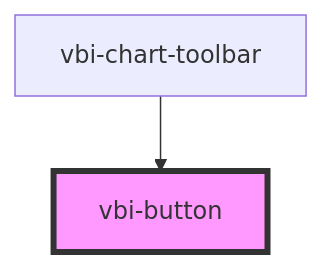
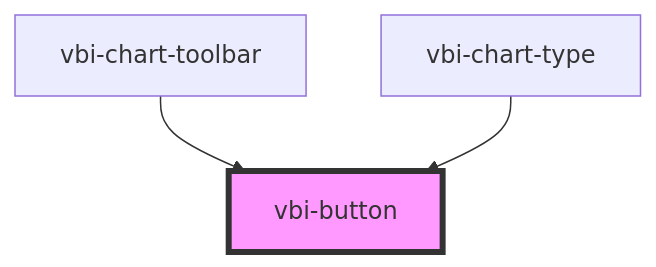
One commit to Ditto190/VBI-modme changed the diagram in packages/vbi-component/src/components/ui/vbi-button/readme.md. Above: the diagram before and after it, drawn with Mermaid. The commit also changed other lines of this file and 11 other files, not shown here.

Commit message:
feat(vbi-component): extract chart type selection into dedicated component

````diff
--- a/packages/vbi-component/src/components/ui/vbi-button/readme.md
+++ b/packages/vbi-component/src/components/ui/vbi-button/readme.md
@@ -26,5 +27,6 @@
 ```mermaid
 graph TD;
   vbi-chart-toolbar --> vbi-button
+  vbi-chart-type --> vbi-button
   style vbi-button fill:#f9f,stroke:#333,stroke-width:4px
 ```
````
